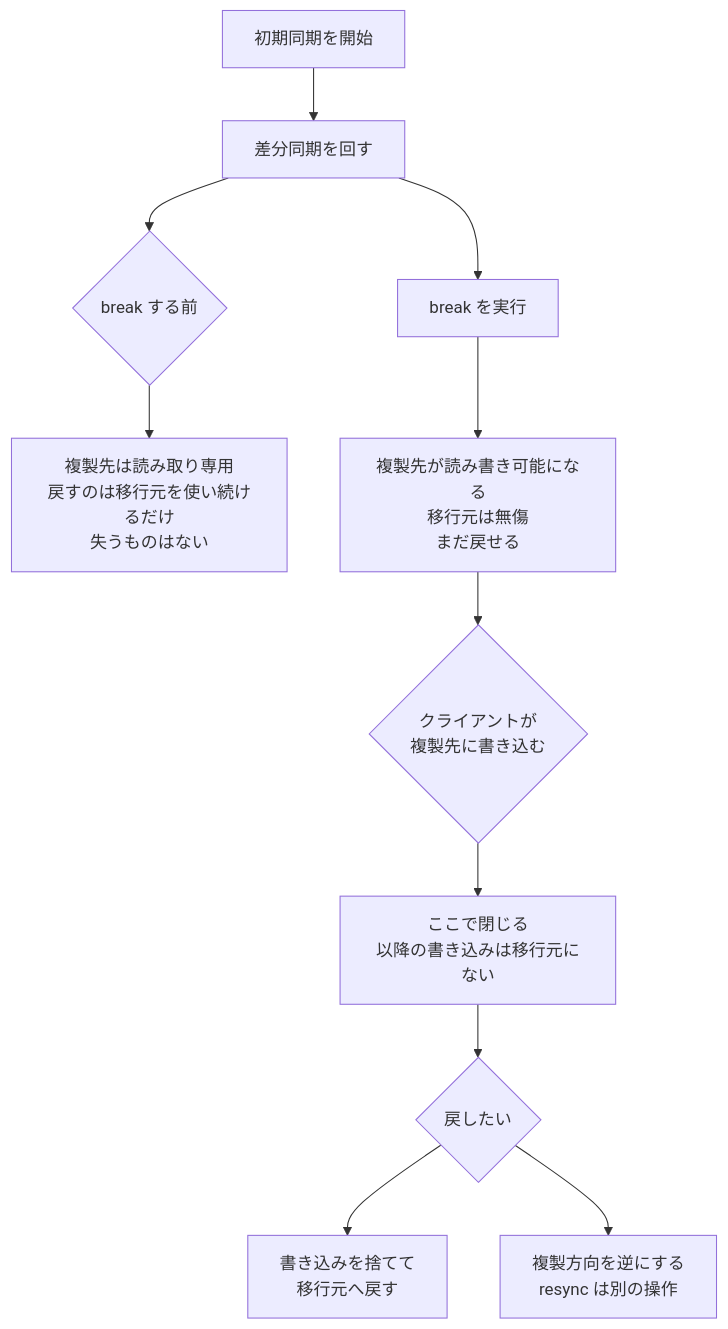
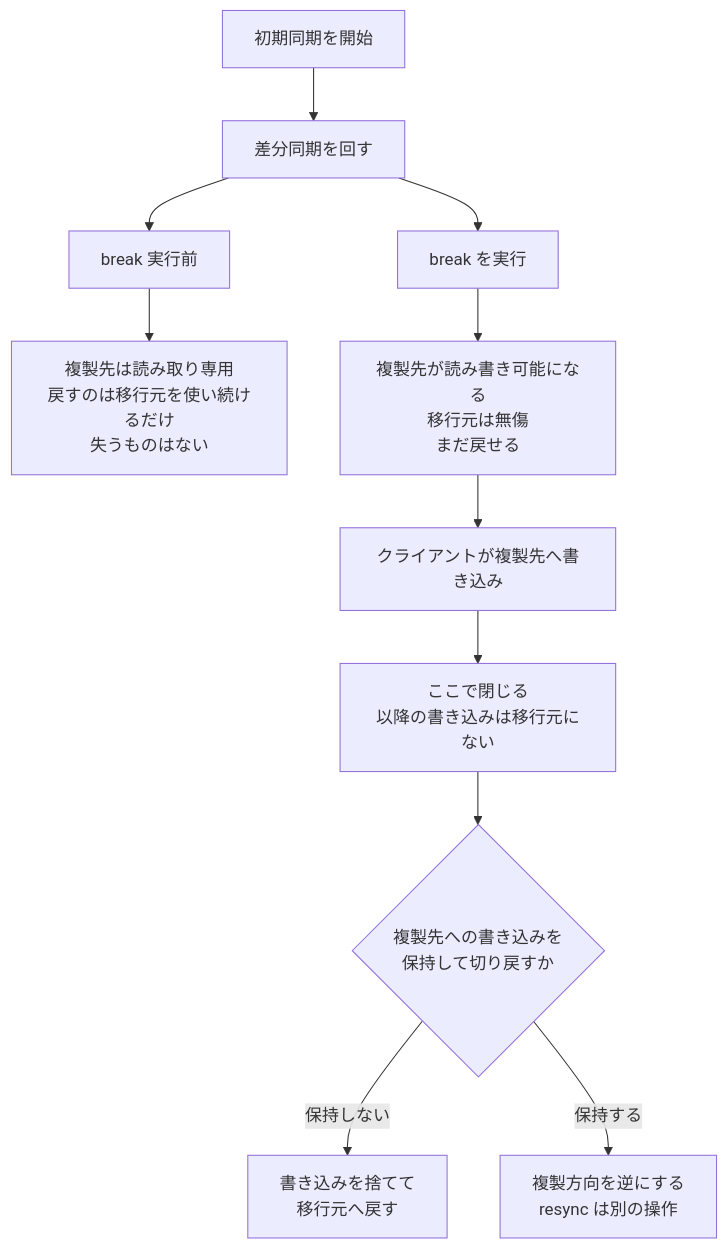
One commit to Yoshiki0705/FSx-for-ONTAP-Adoption-Playbook changed the diagram in docs/ja/playbooks/03-migrate/notes/where-the-rollback-window-closes.md. Above: the diagram before and after it, drawn with Mermaid. The commit also changed other lines of this file and 257 other files, not shown here.

````diff
--- a/docs/ja/playbooks/03-migrate/notes/where-the-rollback-window-closes.md
+++ b/docs/ja/playbooks/03-migrate/notes/where-the-rollback-window-closes.md
@@ -83,16 +103,16 @@
 ```mermaid
 graph TD
     A[初期同期を開始] --> B[差分同期を回す]
-    B --> C{break する前}
+    B --> C[break 実行前]
     C --> C1["複製先は読み取り専用<br/>戻すのは移行元を使い続けるだけ<br/>失うものはない"]
 
     B --> D[break を実行]
     D --> D1["複製先が読み書き可能になる<br/>移行元は無傷<br/>まだ戻せる"]
 
-    D1 --> E{クライアントが<br/>複製先に書き込む}
+    D1 --> E[クライアントが複製先へ書き込み]
     E --> E1["ここで閉じる<br/>以降の書き込みは移行元にない"]
 
-    E1 --> F{戻したい}
-    F --> F1[書き込みを捨てて<br/>移行元へ戻す]
-    F --> F2["複製方向を逆にする<br/>resync は別の操作"]
+    E1 --> F{複製先への書き込みを<br/>保持して切り戻すか}
+    F -->|保持しない| F1[書き込みを捨てて<br/>移行元へ戻す]
+    F -->|保持する| F2["複製方向を逆にする<br/>resync は別の操作"]
 ```
````
